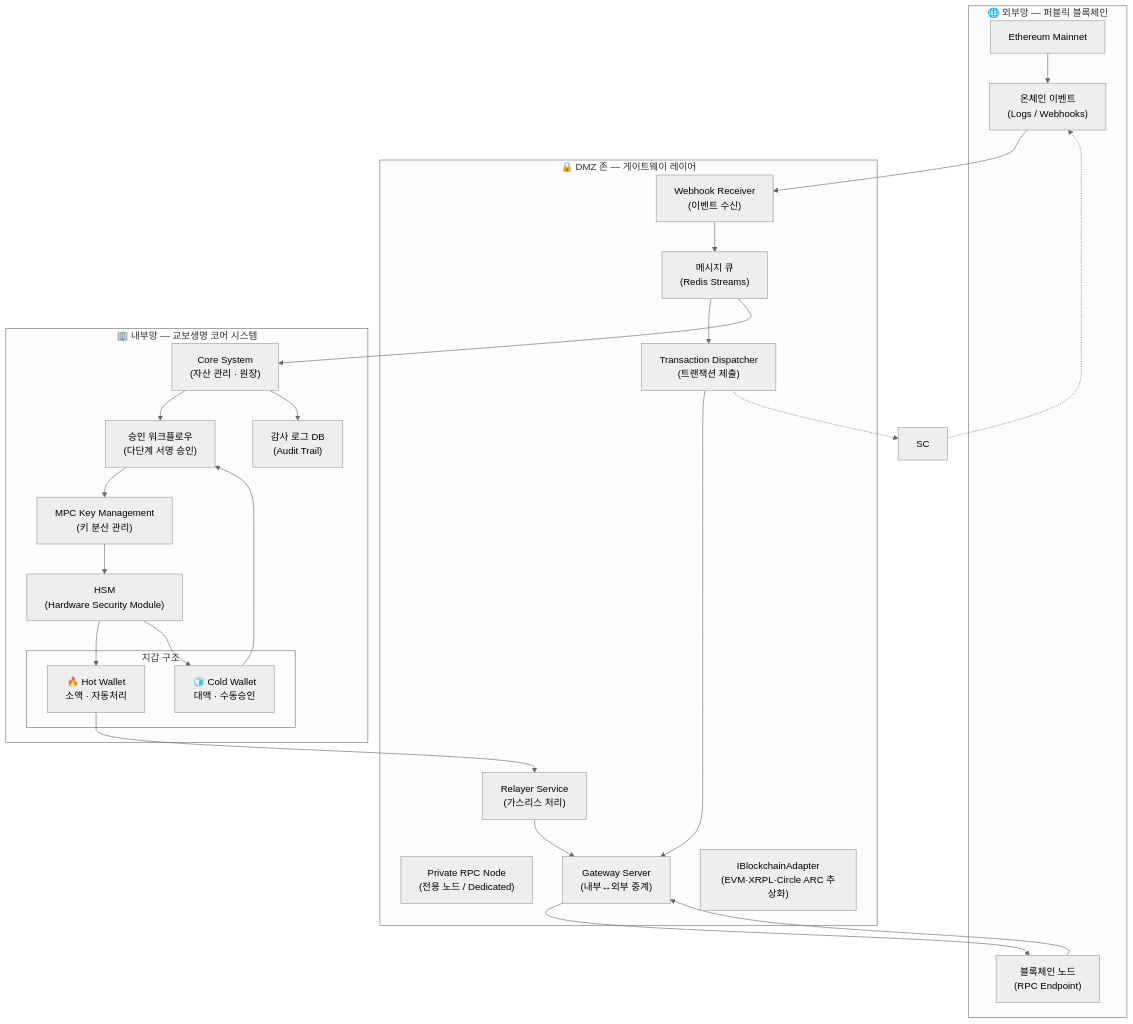
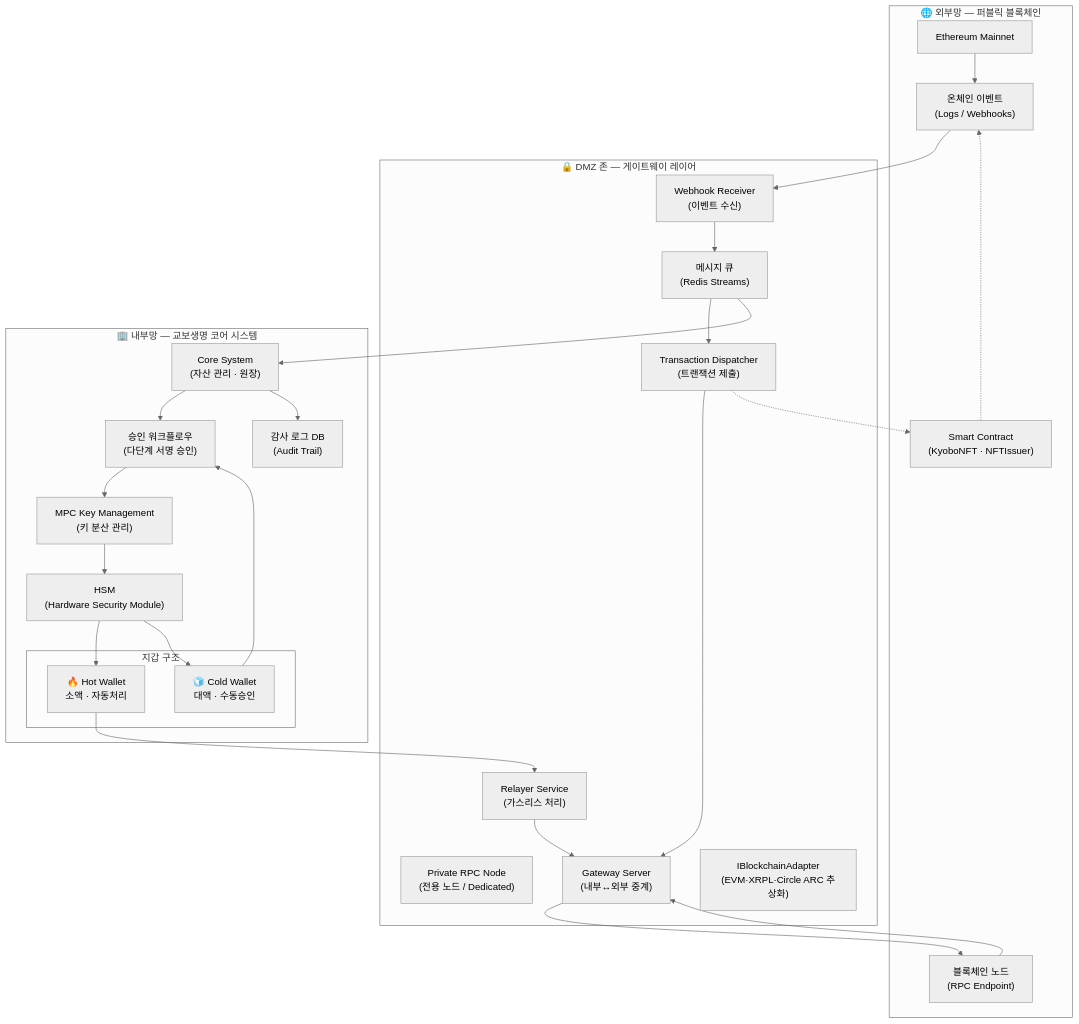
The diagram in docs/architecture/kyobo_custody_architecture.md (jeongeun-yu/kyobo-digital-asset-platform), drawn with Mermaid (neutral theme) before and after one commit. The commit also changed 139 other files, not shown here.

````diff
--- a/docs/architecture/kyobo_custody_architecture.md
+++ b/docs/architecture/kyobo_custody_architecture.md
@@ -5,51 +5,52 @@
 ```mermaid
 flowchart TB
     subgraph EXT["🌐 외부망 — 퍼블릭 블록체인"]
         BC["Ethereum Mainnet"]
         NODE["블록체인 노드\n(RPC Endpoint)"]
         EVENTS["온체인 이벤트\n(Logs / Webhooks)"]
+        SC["Smart Contract\n(KyoboNFT · NFTIssuer)"]
     end
 
     subgraph DMZ["🔒 DMZ 존 — 게이트웨이 레이어"]
         RPC["Private RPC Node\n(전용 노드 / Dedicated)"]
         GW["Gateway Server\n(내부↔외부 중계)"]
         WH["Webhook Receiver\n(이벤트 수신)"]
         MQ["메시지 큐\n(Redis Streams)"]
         DISP["Transaction Dispatcher\n(트랜잭션 제출)"]
         RELAY["Relayer Service\n(가스리스 처리)"]
         IBC["IBlockchainAdapter\n(EVM·XRPL·Circle ARC 추상화)"]
     end
 
     subgraph INT["🏢 내부망 — 교보생명 코어 시스템"]
         CORE["Core System\n(자산 관리 · 원장)"]
         APPROVE["승인 워크플로우\n(다단계 서명 승인)"]
         MPC["MPC Key Management\n(키 분산 관리)"]
         HSM["HSM\n(Hardware Security Module)"]
         AUDIT["감사 로그 DB\n(Audit Trail)"]
 
         subgraph WALLET["지갑 구조"]
             HOT["🔥 Hot Wallet\n소액 · 자동처리"]
             COLD["🧊 Cold Wallet\n대액 · 수동승인"]
         end
     end
 
     BC --> EVENTS
     NODE --> GW
     EVENTS --> WH
     WH --> MQ
     MQ --> DISP
     MQ --> CORE
     DISP --> GW
     GW --> NODE
     CORE --> APPROVE
     APPROVE --> MPC
     MPC --> HSM
     HSM --> HOT
     HSM --> COLD
     HOT --> RELAY
     COLD --> APPROVE
     RELAY --> GW
     SC -.-> EVENTS
     DISP -.-> SC
     CORE --> AUDIT
 ```
````
